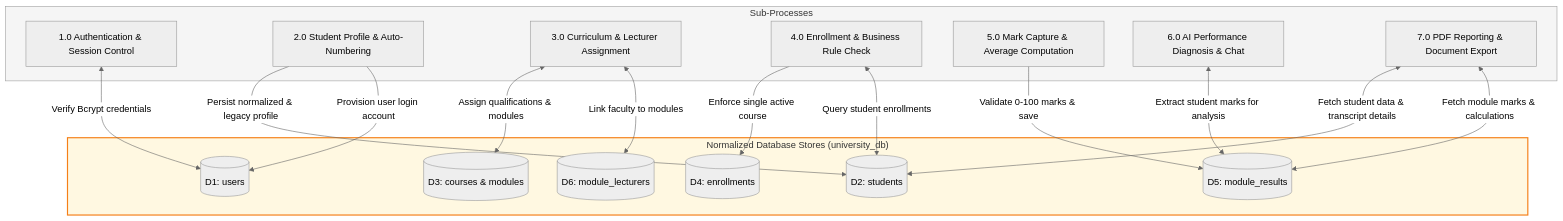
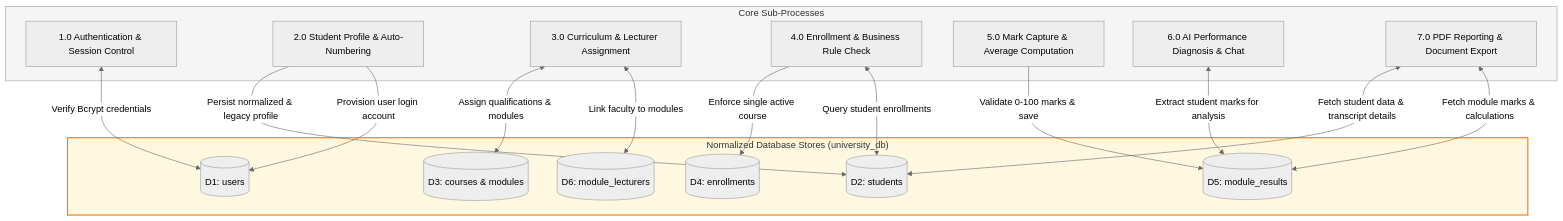
One commit to mthembuavuyile/student-portal-system changed the fourth of 4 diagrams in documentation/SYSTEMS_ANALYSIS_AND_DESIGN_SDLC.md. Above: the diagram before and after it, drawn with Mermaid (neutral theme). The commit also changed other lines of this file and 9 other files, not shown here.

````diff
--- a/documentation/SYSTEMS_ANALYSIS_AND_DESIGN_SDLC.md
+++ b/documentation/SYSTEMS_ANALYSIS_AND_DESIGN_SDLC.md
@@ -134,36 +129,36 @@
 ```mermaid
 flowchart TD
-    subgraph PROCESSES["Sub-Processes"]
+    subgraph PROCESSES["Core Sub-Processes"]
         P1["1.0 Authentication & Session Control"]
         P2["2.0 Student Profile & Auto-Numbering"]
         P3["3.0 Curriculum & Lecturer Assignment"]
         P4["4.0 Enrollment & Business Rule Check"]
         P5["5.0 Mark Capture & Average Computation"]
         P6["6.0 AI Performance Diagnosis & Chat"]
         P7["7.0 PDF Reporting & Document Export"]
     end
 
     subgraph DATA_STORES["Normalized Database Stores (university_db)"]
         D1[("D1: users")]
         D2[("D2: students")]
         D3[("D3: courses & modules")]
         D4[("D4: enrollments")]
         D5[("D5: module_results")]
         D6[("D6: module_lecturers")]
     end
 
     P1 <-->|Verify Bcrypt credentials| D1
     P2 -->|Persist normalized & legacy profile| D2
     P2 -->|Provision user login account| D1
     P3 <-->|Assign qualifications & modules| D3
     P3 <-->|Link faculty to modules| D6
     P4 -->|Enforce single active course| D4
     P4 <-->|Query student enrollments| D2
     P5 -->|Validate 0-100 marks & save| D5
     P6 <-->|Extract student marks for analysis| D5
     P7 <-->|Fetch student data & transcript details| D2
     P7 <-->|Fetch module marks & calculations| D5
 
     style PROCESSES fill:#f5f5f5,stroke:#9e9e9e,stroke-width:1px;
     style DATA_STORES fill:#fff8e1,stroke:#f57f17,stroke-width:2px;
 ```
````
